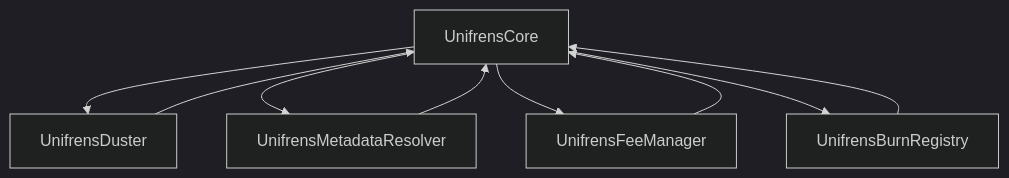
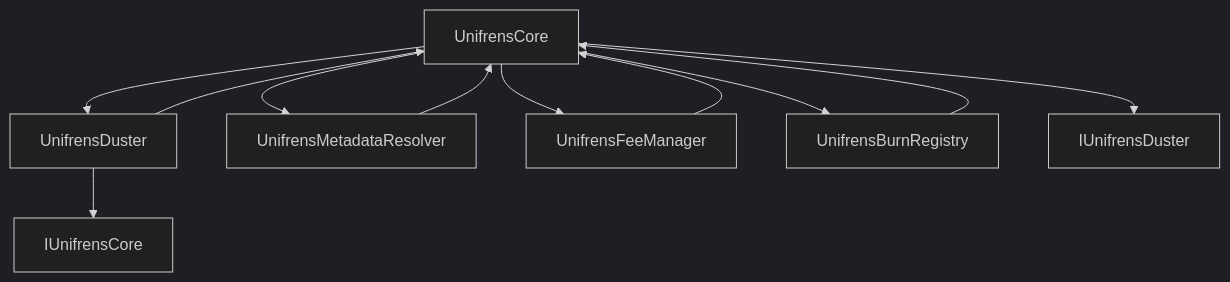
The first of 5 diagrams in README.md (unifrens/unifrens-contracts), drawn with Mermaid (dark theme) before and after one commit. The commit also changed other lines of this file and 5 other files, not shown here.

````diff
--- a/README.md
+++ b/README.md
@@ -7,11 +7,13 @@
 ```mermaid
 graph TD
     A[UnifrensCore] --> B[UnifrensDuster]
     A --> C[UnifrensMetadataResolver]
     A --> D[UnifrensFeeManager]
     A --> E[UnifrensBurnRegistry]
     B --> A
     C --> A
     D --> A
     E --> A
+    A --> F[IUnifrensDuster]
+    B --> G[IUnifrensCore]
 ```
````
